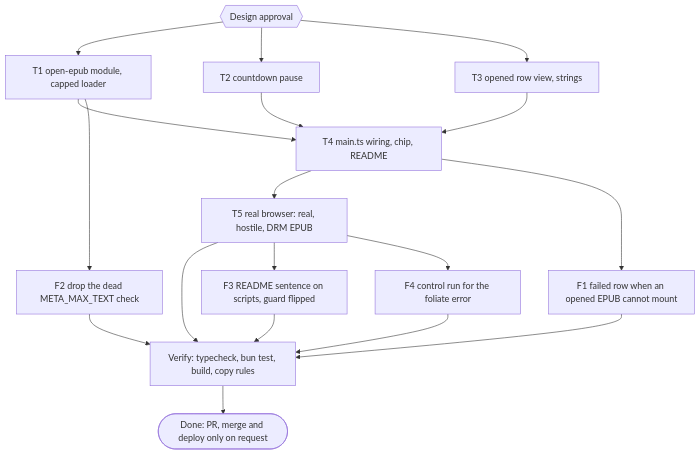
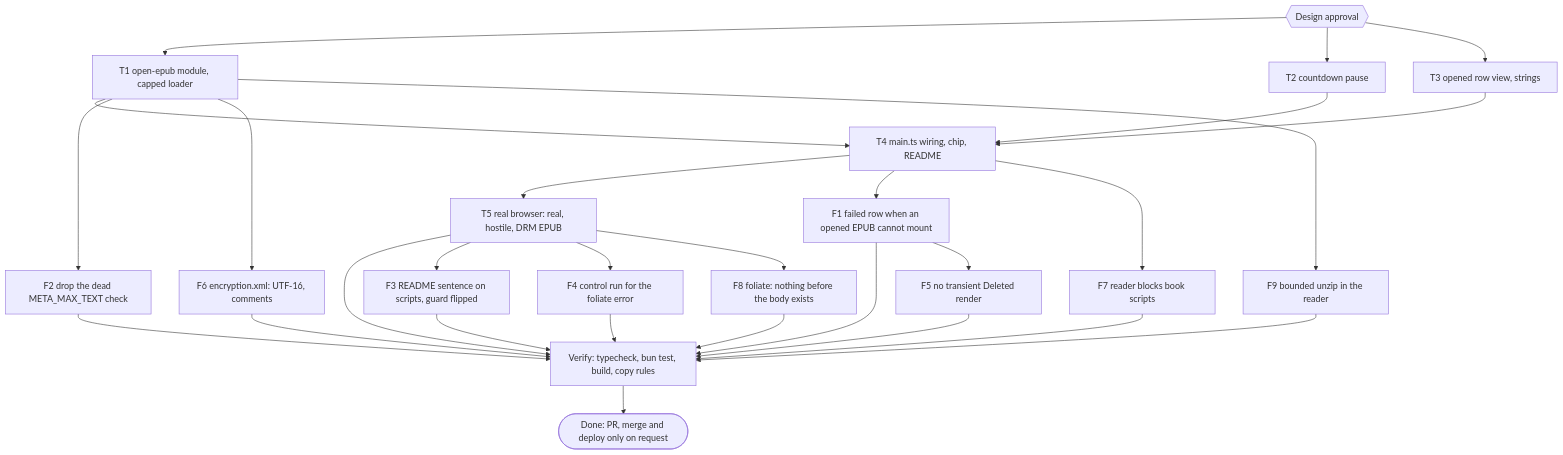
The first of 2 diagrams in docs/code-plan/plans/2026-11-09-pubmy-epub-opener.md (belajarcarabelajar/pubmy), drawn with Mermaid before and after one commit. The commit also changed other lines of this file and 1 other file, not shown here.

First line of the commit message:
docs: record follow-ups F5 to F9 and move the long evidence to a sibling file

````diff
--- a/docs/code-plan/plans/2026-11-09-pubmy-epub-opener.md
+++ b/docs/code-plan/plans/2026-11-09-pubmy-epub-opener.md
@@ -142,22 +177,32 @@
 ```mermaid
 flowchart TD
     accTitle: pubmy EPUB opener task map
-    accDescr: The EPUB check module (T1), the countdown pause (T2) and the opened-row view with its strings (T3) are independent. The main.ts wiring (T4) needs all three. A real browser check (T5) follows, then the full verification and the pull request. Four follow-ups chosen in the debt sweep (F1 to F4) hang off T4, T1 and T5.
+    accDescr: The EPUB check module (T1), the countdown pause (T2) and the opened-row view with its strings (T3) are independent. The main.ts wiring (T4) needs all three. A real browser check (T5) follows, then the full verification and the pull request. Nine follow-ups (F1 to F4 chosen in the debt sweep, F5 to F9 after the owner asked for the deferred items too) hang off T4, T1, T5 and F1.
     G0{{"Design approval"}} --> T1["T1 open-epub module, capped loader"]
     G0 --> T2["T2 countdown pause"]
     G0 --> T3["T3 opened row view, strings"]
     T1 --> T4["T4 main.ts wiring, chip, README"]
     T2 --> T4
     T3 --> T4
     T4 --> T5["T5 real browser: real, hostile, DRM EPUB"]
     T5 --> V["Verify: typecheck, bun test, build, copy rules"]
     T4 --> F1["F1 failed row when an opened EPUB cannot mount"]
     T1 --> F2["F2 drop the dead META_MAX_TEXT check"]
     T5 --> F3["F3 README sentence on scripts, guard flipped"]
     T5 --> F4["F4 control run for the foliate error"]
     F1 --> V
     F2 --> V
     F3 --> V
     F4 --> V
+    F1 --> F5["F5 no transient Deleted render"]
+    T1 --> F6["F6 encryption.xml: UTF-16, comments"]
+    T4 --> F7["F7 reader blocks book scripts"]
+    T5 --> F8["F8 foliate: nothing before the body exists"]
+    T1 --> F9["F9 bounded unzip in the reader"]
+    F5 --> V
+    F6 --> V
+    F7 --> V
+    F8 --> V
+    F9 --> V
     V --> D(["Done: PR, merge and deploy only on request"])
 ```
````
